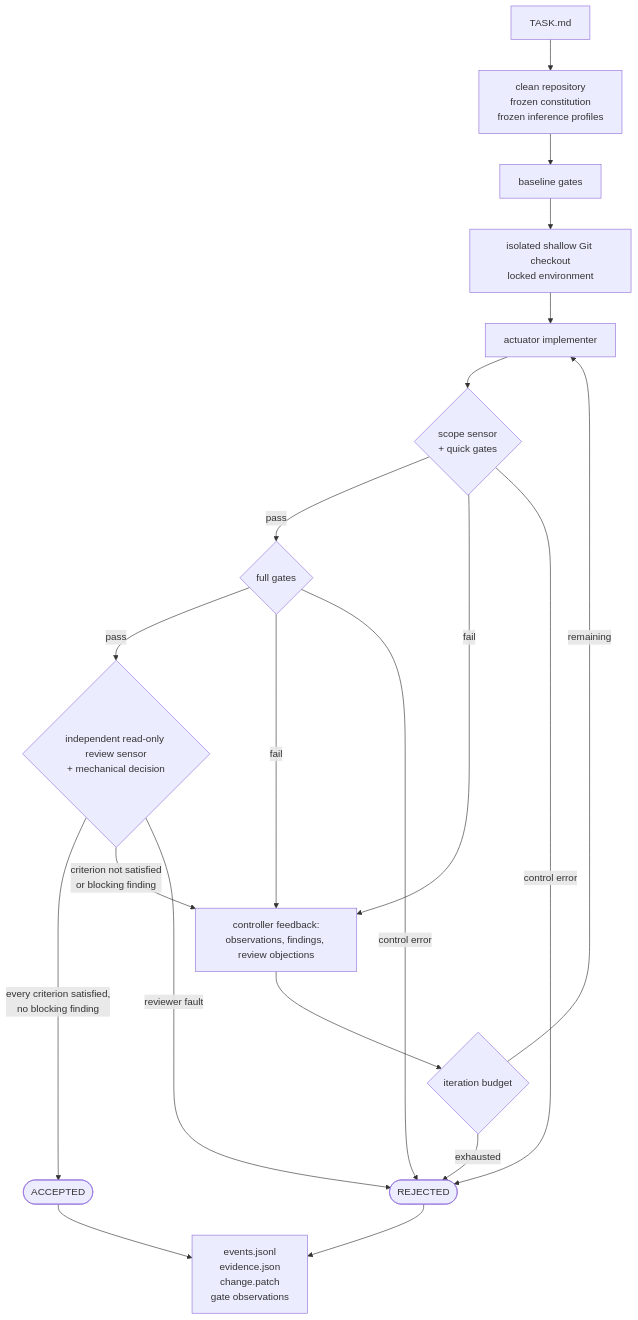
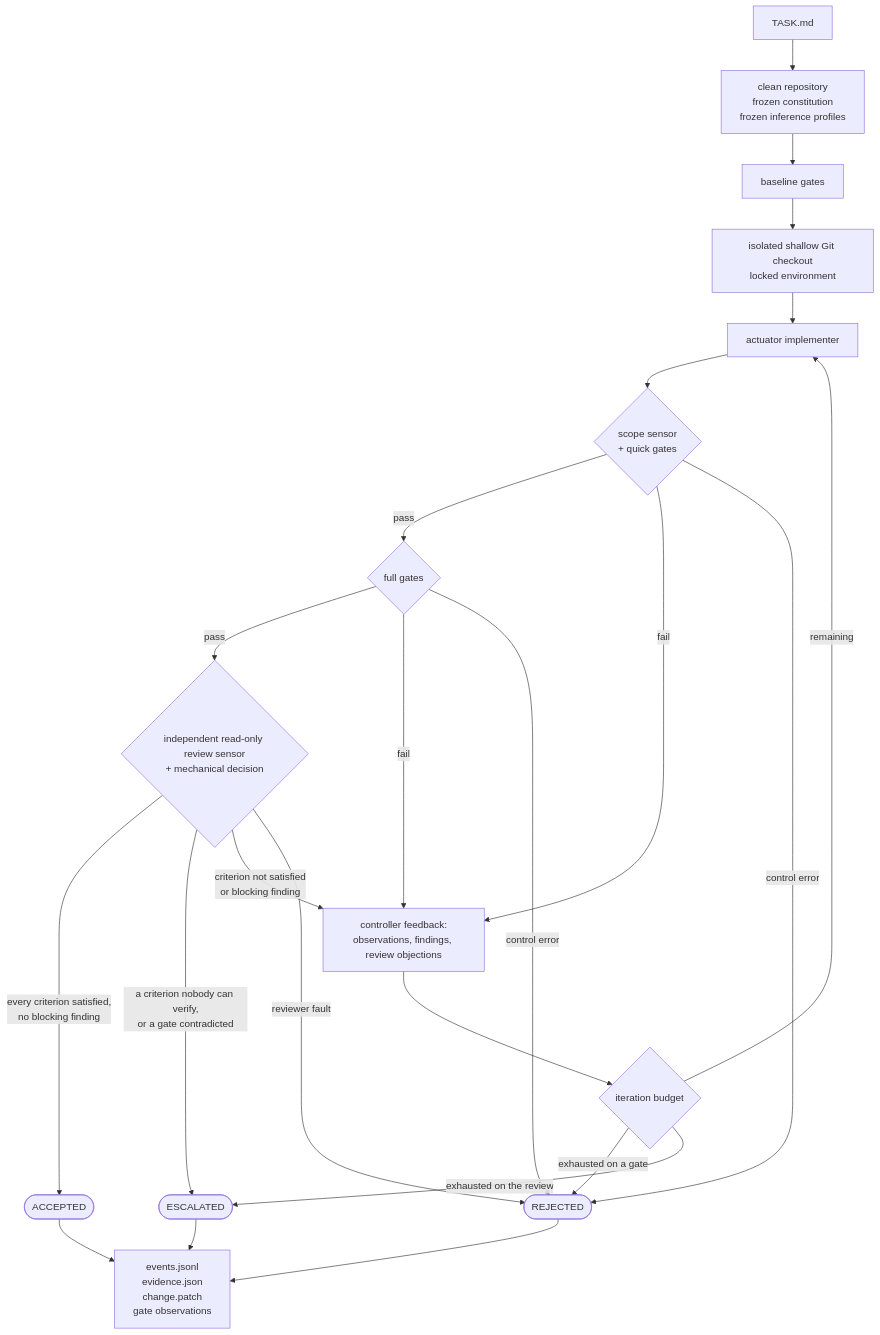
One commit to jeanjerome/codeservo changed the diagram in README.md. Above: the diagram before and after it, drawn with Mermaid. The commit also changed other lines of this file and 21 other files, not shown here.

Commit message:
feat: close a run escalated when every deterministic control passed and the review alone left it undecided

````diff
--- a/README.md
+++ b/README.md
@@ -18,22 +18,25 @@
 ```mermaid
 flowchart TD
     task["TASK.md"] --> frozen["clean repository<br/>frozen constitution<br/>frozen inference profiles"]
     frozen --> baseline["baseline gates"]
     baseline --> checkout["isolated shallow Git checkout<br/>locked environment"]
     checkout --> implementer["actuator implementer"]
     implementer --> quick{"scope sensor<br/>+ quick gates"}
     quick -- pass --> full{"full gates"}
     full -- pass --> review{"independent read-only review sensor<br/>+ mechanical decision"}
     review -- every criterion satisfied,<br/>no blocking finding --> accepted(["ACCEPTED"])
+    review -- a criterion nobody can verify,<br/>or a gate contradicted --> escalated(["ESCALATED"])
     quick -- fail --> feedback["controller feedback:<br/>observations, findings, review objections"]
     full -- fail --> feedback
     review -- criterion not satisfied<br/>or blocking finding --> feedback
     feedback --> budget{"iteration budget"}
     budget -- remaining --> implementer
-    budget -- exhausted --> rejected(["REJECTED"])
+    budget -- exhausted on a gate --> rejected(["REJECTED"])
+    budget -- exhausted on the review --> escalated
     quick -- control error --> rejected
     full -- control error --> rejected
     review -- reviewer fault --> rejected
     accepted --> record["events.jsonl<br/>evidence.json<br/>change.patch<br/>gate observations"]
     rejected --> record
+    escalated --> record
 ```
````
